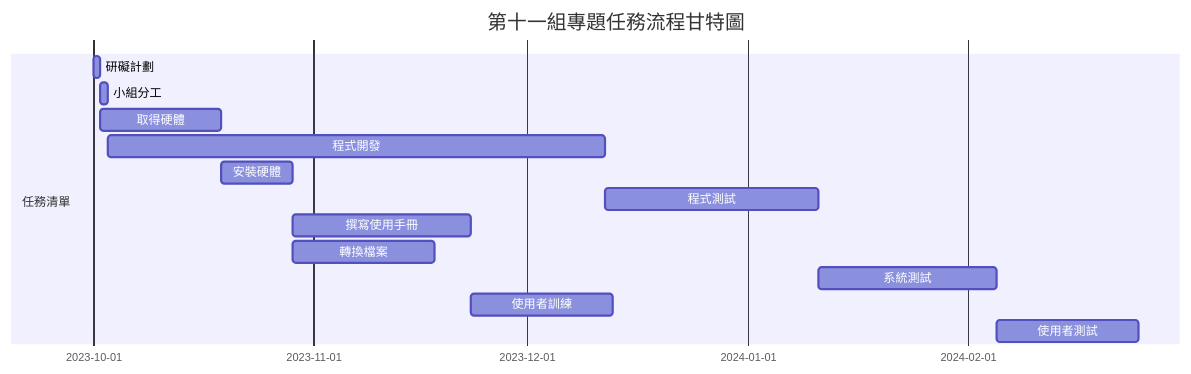
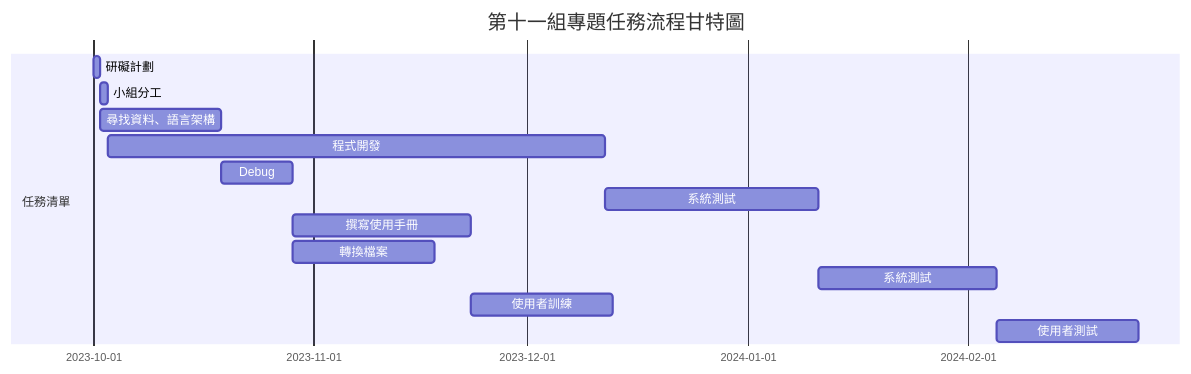
The diagram in README.md (MITC110118132/No.11), drawn with Mermaid before and after one commit.

````diff
--- a/README.md
+++ b/README.md
@@ -4,17 +4,17 @@
 ```mermaid
 gantt
     title 第十一組專題任務流程甘特圖
 
     section 任務清單
     研礙計劃           :a1, 2023-10-01, 1d
     小組分工          :a2, after a1  , 1d
-    取得硬體           :a3, after a1  , 17d
+    尋找資料、語言架構           :a3, after a1  , 17d
     程式開發           :a4, after a2  , 70d
-    安裝硬體           :a5, after a3  , 10d
-    程式測試           :a6, after a4  , 30d
+    Debug           :a5, after a3  , 10d
+    系統測試      :a6, after a4  , 30d
     撰寫使用手冊        :a7, after a5  , 25d
     轉換檔案           :a8, after a5  , 20d
     系統測試           :a9, after a6  , 25d
     使用者訓練         :a10, after a7  , 20d
     使用者測試         :a11, after a9  , 20d
 ```
````
